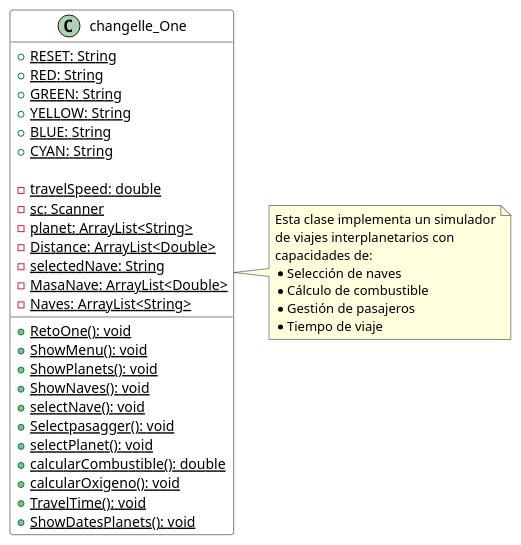
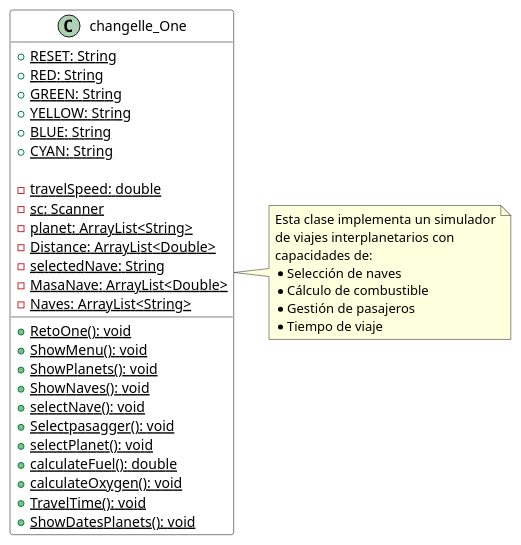
The diagram in docs/class_diagram.puml (Emjey25/challenge-one), drawn with PlantUML before and after one commit. The commit also changed 2 other files, not shown here.

```diff
--- a/docs/class_diagram.puml
+++ b/docs/class_diagram.puml
@@ -1,54 +1,54 @@
 @startuml SpaceSimulator
 
 ' Estilo del diagrama
 skinparam class {
     BackgroundColor White
     ArrowColor Black
     BorderColor Black
 }
 
 ' Definición de la clase principal
 class changelle_One {
     ' Constantes
     + {static} RESET: String
     + {static} RED: String
     + {static} GREEN: String
     + {static} YELLOW: String
     + {static} BLUE: String
     + {static} CYAN: String
 
     ' Atributos
     - {static} travelSpeed: double
     - {static} sc: Scanner
     - {static} planet: ArrayList<String>
     - {static} Distance: ArrayList<Double>
     - {static} selectedNave: String
     - {static} MasaNave: ArrayList<Double>
     - {static} Naves: ArrayList<String>
 
     ' Métodos
     + {static} RetoOne(): void
     + {static} ShowMenu(): void
     + {static} ShowPlanets(): void
     + {static} ShowNaves(): void
     + {static} selectNave(): void
     + {static} Selectpasagger(): void
     + {static} selectPlanet(): void
-    + {static} calcularCombustible(): double
-    + {static} calcularOxigeno(): void
+    + {static} calculateFuel(): double
+    + {static} calculateOxygen(): void
     + {static} TravelTime(): void
     + {static} ShowDatesPlanets(): void
 }
 
 ' Notas explicativas
 note right of changelle_One
   Esta clase implementa un simulador
   de viajes interplanetarios con
   capacidades de:
   * Selección de naves
   * Cálculo de combustible
   * Gestión de pasajeros
   * Tiempo de viaje
 end note
 
 @enduml
```
